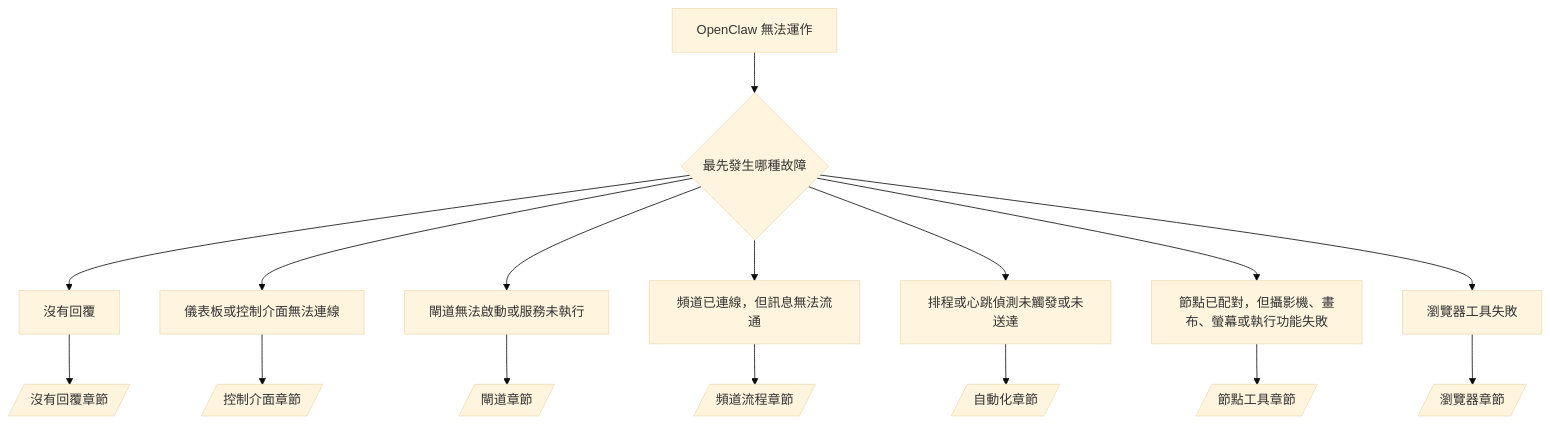
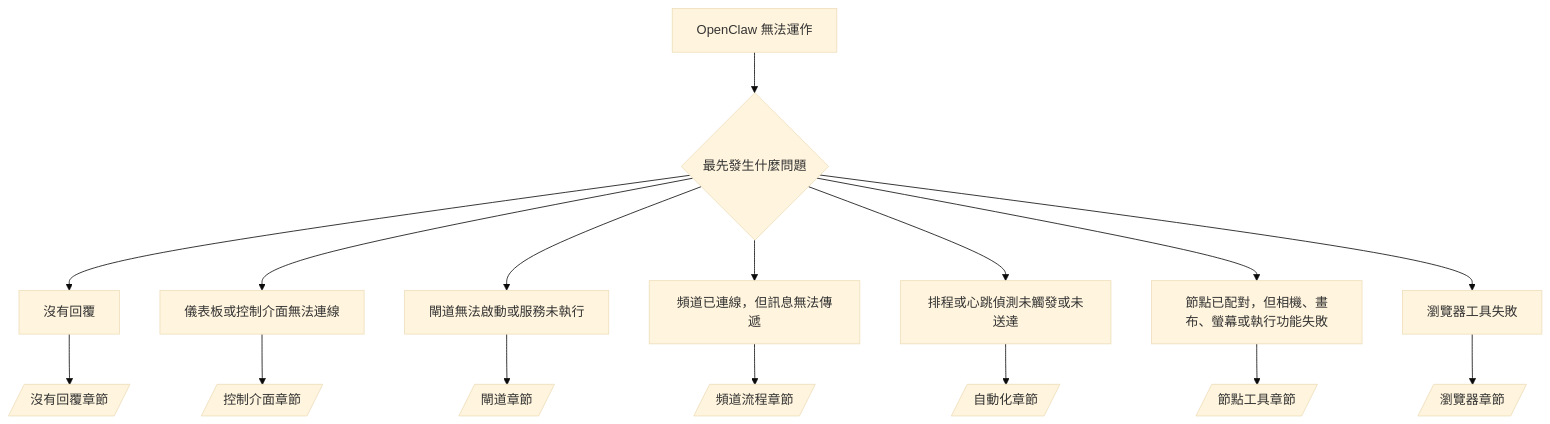
Before and after one commit to openclaw/docs: the diagram in docs/zh-TW/help/troubleshooting.md, drawn with Mermaid (base theme). The commit also changed other lines of this file and 345 other files, not shown here.

````diff
--- a/docs/zh-TW/help/troubleshooting.md
+++ b/docs/zh-TW/help/troubleshooting.md
@@ -186,19 +192,19 @@
 ```mermaid
 flowchart TD
-  A[OpenClaw 無法運作] --> B{最先發生哪種故障}
+  A[OpenClaw 無法運作] --> B{最先發生什麼問題}
   B --> C[沒有回覆]
   B --> D[儀表板或控制介面無法連線]
   B --> E[閘道無法啟動或服務未執行]
-  B --> F[頻道已連線，但訊息無法流通]
+  B --> F[頻道已連線，但訊息無法傳遞]
   B --> G[排程或心跳偵測未觸發或未送達]
-  B --> H[節點已配對，但攝影機、畫布、螢幕或執行功能失敗]
+  B --> H[節點已配對，但相機、畫布、螢幕或執行功能失敗]
   B --> I[瀏覽器工具失敗]
 
   C --> C1[/沒有回覆章節/]
   D --> D1[/控制介面章節/]
   E --> E1[/閘道章節/]
   F --> F1[/頻道流程章節/]
   G --> G1[/自動化章節/]
   H --> H1[/節點工具章節/]
   I --> I1[/瀏覽器章節/]
 ```
````
